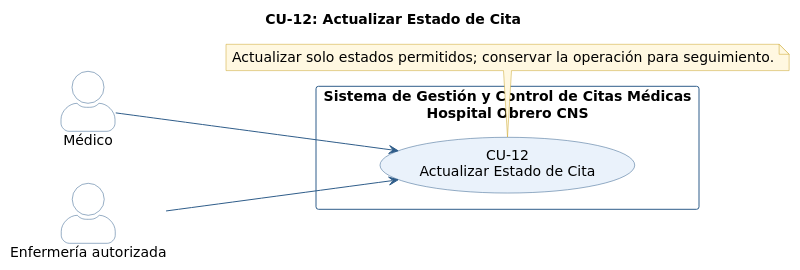
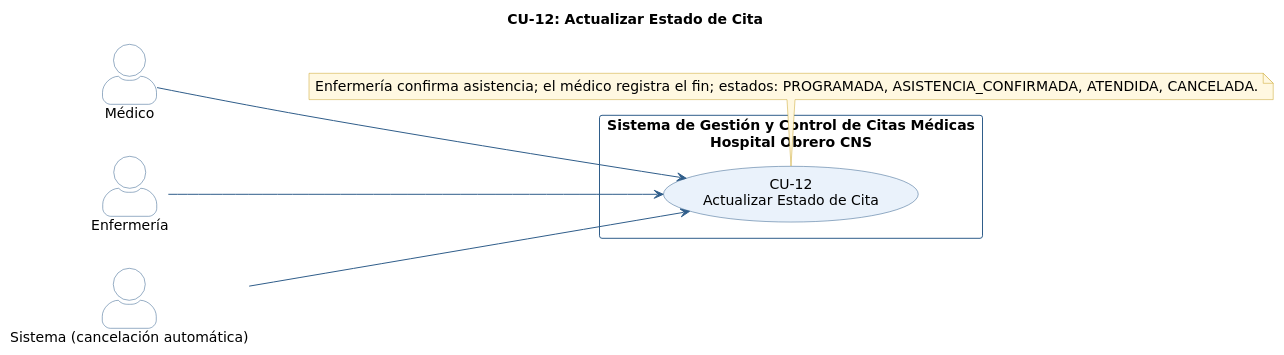
The diagram in 03_des/diagramaCU/CU-12_ActualizarEstadodeCita.puml (INTERNO-TRABAJO-CNS/Hospital-Obrero-Interno), drawn with PlantUML before and after one commit. The commit also changed 204 other files, not shown here.

Commit message:
actualización de cada CU, RF, RNF, diagramas de comportamieno, de estado, reasignación de tareas en general

```diff
--- a/03_des/diagramaCU/CU-12_ActualizarEstadodeCita.puml
+++ b/03_des/diagramaCU/CU-12_ActualizarEstadodeCita.puml
@@ -1,43 +1,46 @@
 @startuml CU-12_ActualizarEstadodeCita
 ' Diagrama individual de caso de uso CU-12 — Hospital Obrero CNS
 ' Fuente: CNS_ CASOS DE USO(1).docx — matriz y especificación de CU
 ' Issue: T07 - Diagramas de casos de uso
 left to right direction
 skinparam shadowing false
 skinparam defaultFontName "DejaVu Sans"
 skinparam defaultFontSize 14
 skinparam actorStyle awesome
 skinparam packageStyle rectangle
 skinparam ArrowColor #2F5D8A
 skinparam actor {
   BorderColor #2F5D8A
   BackgroundColor #FFFFFF
 }
 skinparam usecase {
   BackgroundColor #EAF2FB
   BorderColor #2F5D8A
   ArrowColor #2F5D8A
 }
 skinparam rectangle {
   BorderColor #2F5D8A
   FontStyle bold
 }
 skinparam note {
   BackgroundColor #FFF8E1
   BorderColor #C9A227
 }
 title CU-12: Actualizar Estado de Cita
 
 rectangle "Sistema de Gestión y Control de Citas Médicas\nHospital Obrero CNS" as CNS {
   usecase "CU-12\nActualizar Estado de Cita" as CU12
 }
 
 actor "Médico" as ACTOR1
 ACTOR1 --> CU12
-actor "Enfermería autorizada" as ACTOR2
+actor "Enfermería" as ACTOR2
 ACTOR2 --> CU12
+actor "Sistema (cancelación automática)" as ACTOR3
+ACTOR3 --> CU12
 note bottom of CU12
-  Actualizar solo estados permitidos; conservar la operación para seguimiento.
+  Enfermería confirma asistencia; el médico registra el fin; estados: PROGRAMADA, ASISTENCIA_CONFIRMADA, ATENDIDA, CANCELADA.
 end note
 
+' Modificado 04/11/2026: ver 06_proyect/CAMBIOS_04-11-2026.md
 @enduml
```
